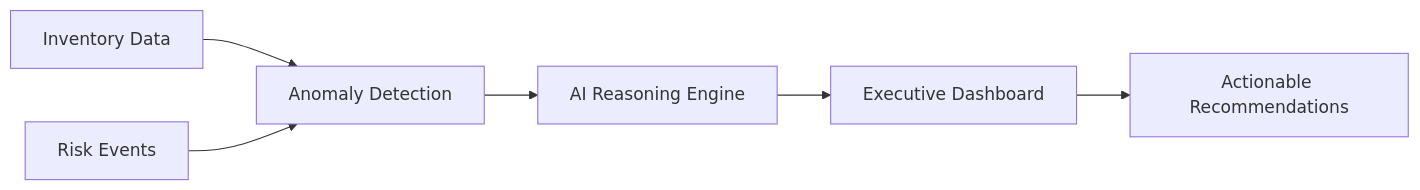
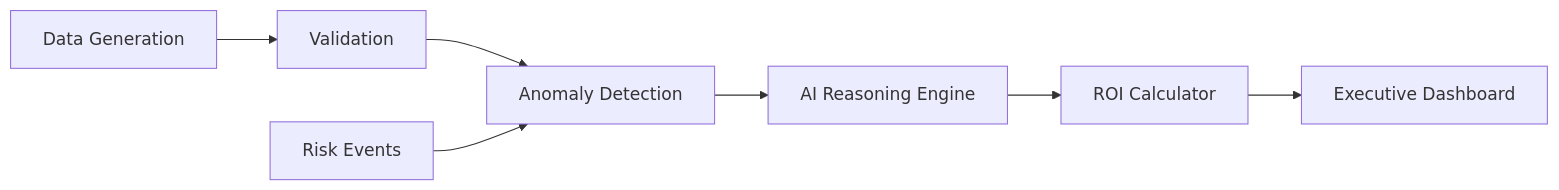
One commit to ropstech/sky_guard changed the diagram in README.md. Above: the diagram before and after it, drawn with Mermaid. The commit also changed other lines of this file and 2 other files, not shown here.

````diff
--- a/README.md
+++ b/README.md
@@ -50,8 +50,9 @@
 ```mermaid
 graph LR
-    A[Inventory Data] --> B[Anomaly Detection]
-    C[Risk Events] --> B
-    B --> D[AI Reasoning Engine]
-    D --> E[Executive Dashboard]
-    E --> F[Actionable Recommendations]
+    A[Data Generation] --> B[Validation]
+    B --> C[Anomaly Detection]
+    D[Risk Events] --> C
+    C --> E[AI Reasoning Engine]
+    E --> F[ROI Calculator]
+    F --> G[Executive Dashboard]
 ```
````
